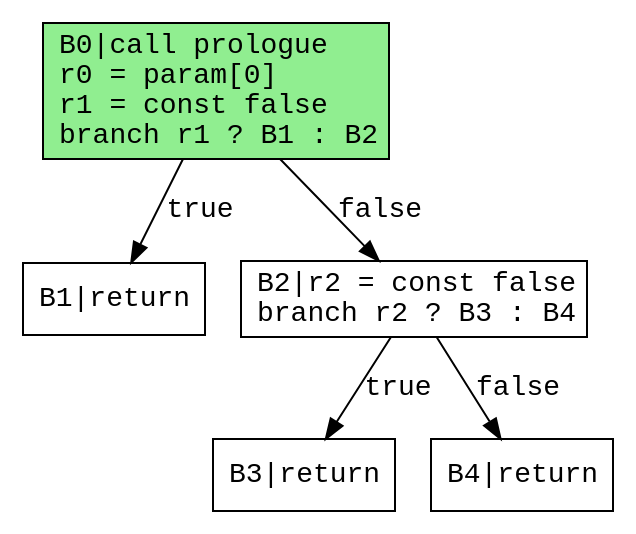
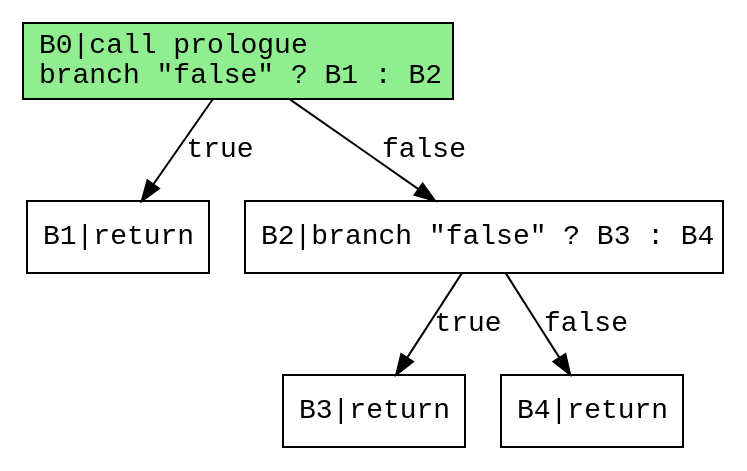
Before and after one commit to safarislava/ProcTranslator: the diagram in output/return.dot, drawn with Graphviz. The commit also changed 37 other files, not shown here.

```diff
--- a/output/return.dot
+++ b/output/return.dot
@@ -1,16 +1,16 @@
 digraph CFG {
   rankdir=TB;
   node [shape=box, fontname="Courier"];
   edge [fontname="Courier"];
 
-  B0 [label="B0|call prologue\lr0 = param[0]\lr1 = const false\lbranch r1 ? B1 : B2\l"];
+  B0 [label="B0|call prologue\lbranch \"false\" ? B1 : B2\l"];
   B1 [label="B1|return\l"];
-  B2 [label="B2|r2 = const false\lbranch r2 ? B3 : B4\l"];
+  B2 [label="B2|branch \"false\" ? B3 : B4\l"];
   B3 [label="B3|return\l"];
   B4 [label="B4|return\l"];
   B0 -> B1 [label="true"];
   B0 -> B2 [label="false"];
   B2 -> B3 [label="true"];
   B2 -> B4 [label="false"];
   B0 [style=filled, fillcolor=lightgreen];
 }
```
